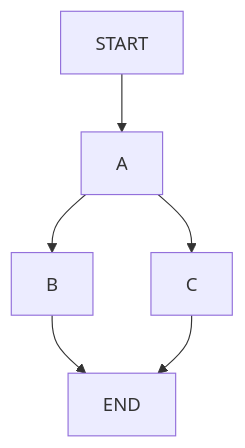
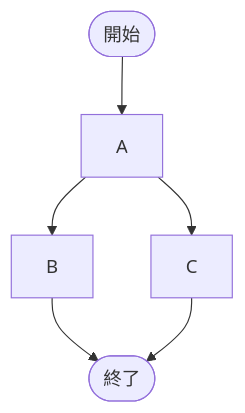
Before and after one commit to tpu-game-2022/mermaid_test: the diagram in README.md, drawn with Mermaid.

````diff
--- a/README.md
+++ b/README.md
@@ -20,8 +20,8 @@
 ```mermaid
 flowchart TD;
-  START --> A
+  START([開始]) --> A
   A --> B
   A --> C
-  B --> END
-  C --> END
+  B --> END([終了])
+  C --> END([終了])
 ```
````
